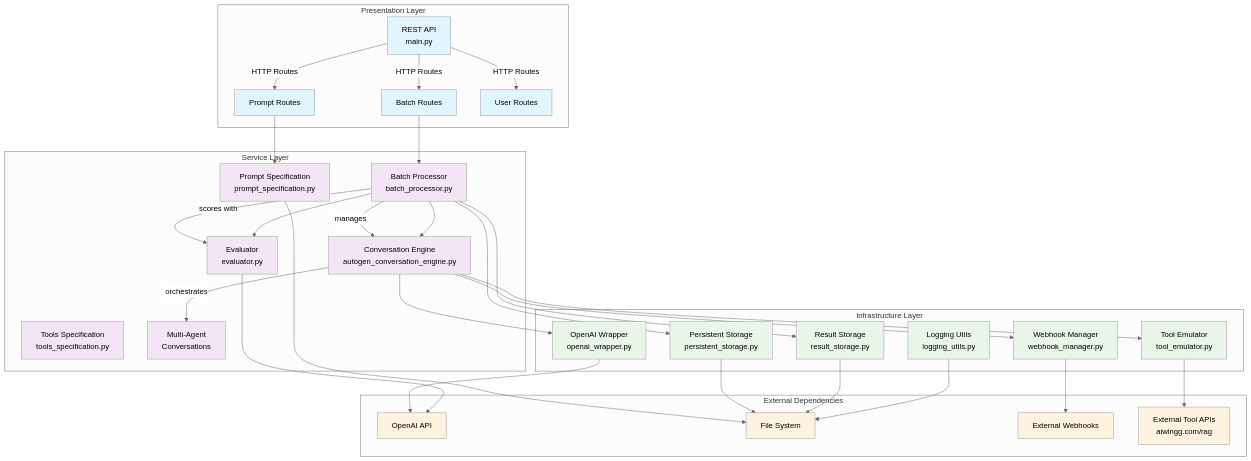
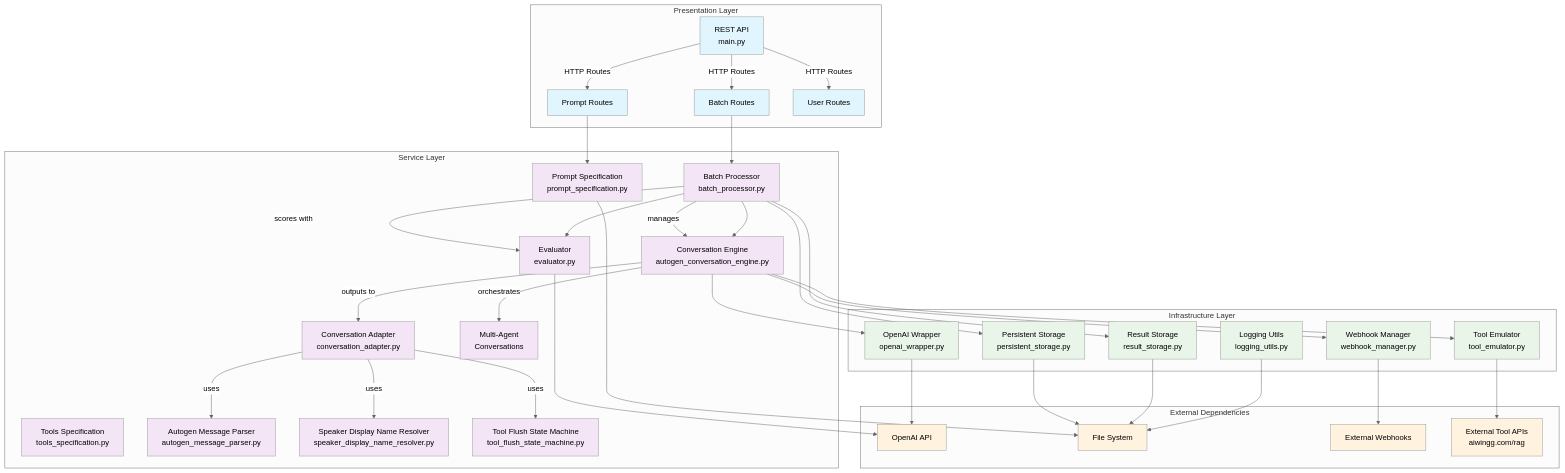
Before and after one commit to aiwingg/agents_simulations: the diagram in llm-simulation-service/README.md, drawn with Mermaid (neutral theme).

Commit message:
[docs] update service layer documentation in README to include new components

````diff
--- a/llm-simulation-service/README.md
+++ b/llm-simulation-service/README.md
@@ -32,70 +32,78 @@
 ```mermaid
 graph TB
     subgraph "Presentation Layer"
         API[REST API<br/>main.py]
         
         API --> |HTTP Routes| BR[Batch Routes]
         API --> |HTTP Routes| PR[Prompt Routes] 
         API --> |HTTP Routes| UR[User Routes]
     end
     
     subgraph "Service Layer"
         CE[Conversation Engine<br/>autogen_conversation_engine.py]
         BP[Batch Processor<br/>batch_processor.py]
         EV[Evaluator<br/>evaluator.py]
         PS[Prompt Specification<br/>prompt_specification.py]
         TS[Tools Specification<br/>tools_specification.py]
+        CA[Conversation Adapter<br/>conversation_adapter.py]
+        AMP[Autogen Message Parser<br/>autogen_message_parser.py]
+        SDR[Speaker Display Name Resolver<br/>speaker_display_name_resolver.py]
+        TFSM[Tool Flush State Machine<br/>tool_flush_state_machine.py]
         
         CE --> |orchestrates| MA[Multi-Agent<br/>Conversations]
         BP --> |manages| CE
         BP --> |scores with| EV
+        CE --> |outputs to| CA
+        CA --> |uses| AMP
+        CA --> |uses| SDR
+        CA --> |uses| TFSM
     end
     
     subgraph "Infrastructure Layer"
         OW[OpenAI Wrapper<br/>openai_wrapper.py]
         PST[Persistent Storage<br/>persistent_storage.py]
         RS[Result Storage<br/>result_storage.py]
         TE[Tool Emulator<br/>tool_emulator.py]
         WM[Webhook Manager<br/>webhook_manager.py]
         LU[Logging Utils<br/>logging_utils.py]
     end
     
     subgraph "External Dependencies"
         OPENAI[OpenAI API]
         FS[File System]
         WH[External Webhooks]
         EXT_API[External Tool APIs<br/>aiwingg.com/rag]
     end
     
     %% Layer connections
     BR --> BP
     PR --> PS
     BP --> CE
     BP --> EV
     CE --> OW
     CE --> TE
     CE --> WM
     BP --> PST
     BP --> RS
     PS --> FS
     
     %% External connections
     OW --> OPENAI
     EV --> OPENAI
     PST --> FS
     RS --> FS
     WM --> WH
     TE --> EXT_API
     LU --> FS
     
     %% Styling
     classDef presentation fill:#e1f5fe
     classDef service fill:#f3e5f5  
     classDef infrastructure fill:#e8f5e8
     classDef external fill:#fff3e0
     
     class API,BR,PR,UR presentation
-    class CE,BP,EV,PS,TS,MA service
+    class CE,BP,EV,PS,TS,CA,AMP,SDR,TFSM,MA service
     class OW,PST,RS,TE,WM,LU infrastructure
     class OPENAI,FS,WH,EXT_API external
 ```
````
